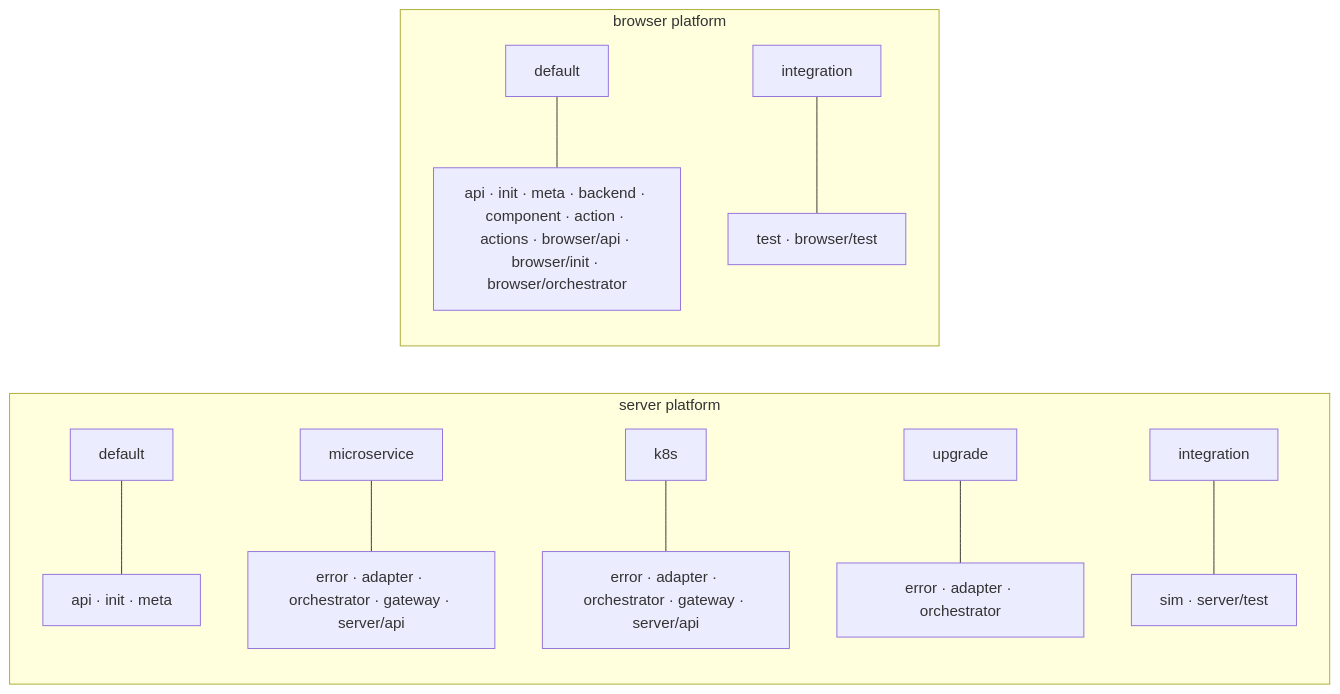
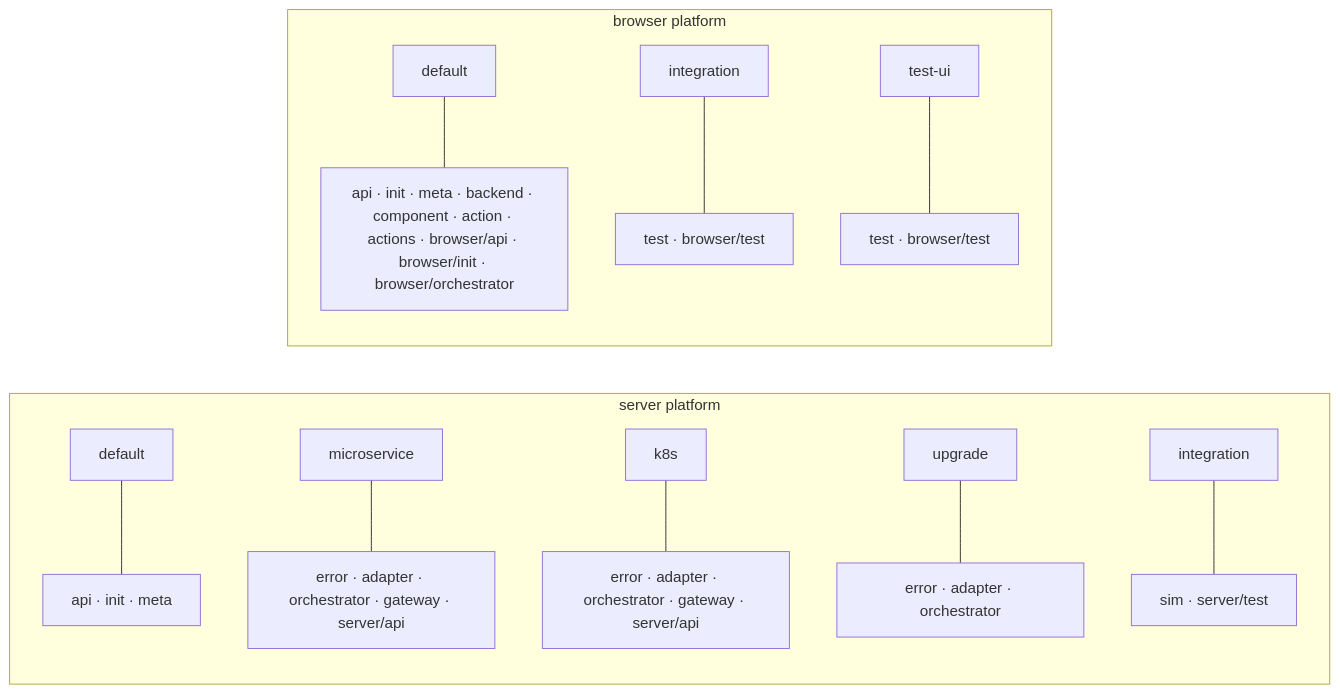
The diagram in docs/blong/docs/concepts/layer.md (feasibleone/blong), drawn with Mermaid before and after one commit. The commit also changed other lines of this file and 5 other files, not shown here.

````diff
--- a/docs/blong/docs/concepts/layer.md
+++ b/docs/blong/docs/concepts/layer.md
@@ -59,16 +59,17 @@
 ```mermaid
 flowchart LR
     subgraph SERVER["server platform"]
         direction TB
         server-default-intent["default"] --- server-default-layers["api · init · meta"]
         server-microservice-intent["microservice"] --- server-microservice-layers["error · adapter · orchestrator · gateway · server/api"]
         server-k8s-intent["k8s"] --- server-k8s-layers["error · adapter · orchestrator · gateway · server/api"]
         server-upgrade-intent["upgrade"] --- server-upgrade-layers["error · adapter · orchestrator"]
         server-integration-intent["integration"] --- server-integration-layers["sim · server/test"]
     end
     subgraph BROWSER["browser platform"]
         direction TB
         browser-default-intent["default"] --- browser-default-layers["api · init · meta · backend · component · action · actions · browser/api · browser/init · browser/orchestrator"]
         browser-integration-intent["integration"] --- browser-integration-layers["test · browser/test"]
+        browser-test-ui-intent["test-ui"] --- browser-test-ui-layers["test · browser/test"]
     end
 ```
````
